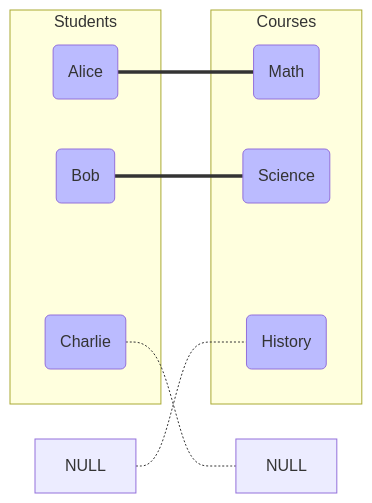
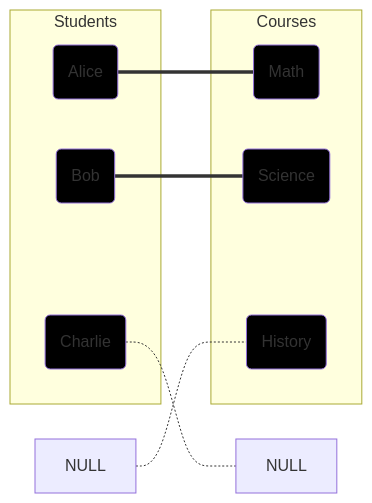
One commit to bvvivek6/PLACEMENT-REVISION changed the fourth of 4 diagrams in DBMS/06-sql-intermediate.md. Above: the diagram before and after it, drawn with Mermaid. The commit also changed other lines of this file, not shown here.

````diff
--- a/DBMS/06-sql-intermediate.md
+++ b/DBMS/06-sql-intermediate.md
@@ -163,23 +163,23 @@
 ```mermaid
 graph LR
     subgraph Students
     S1(Alice)
     S2(Bob)
     S3(Charlie)
     end
     subgraph Courses
     C1(Math)
     C2(Science)
     C3(History)
     end
     S1 === C1
     S2 === C2
     S3 -.- NULL1[NULL]
     NULL2[NULL] -.- C3
-    style S1 fill:#bbf
-    style S2 fill:#bbf
-    style S3 fill:#bbf
-    style C1 fill:#bbf
-    style C2 fill:#bbf
-    style C3 fill:#bbf
+    style S1 fill:#000
+    style S2 fill:#000
+    style S3 fill:#000
+    style C1 fill:#000
+    style C2 fill:#000
+    style C3 fill:#000
 ```
````
